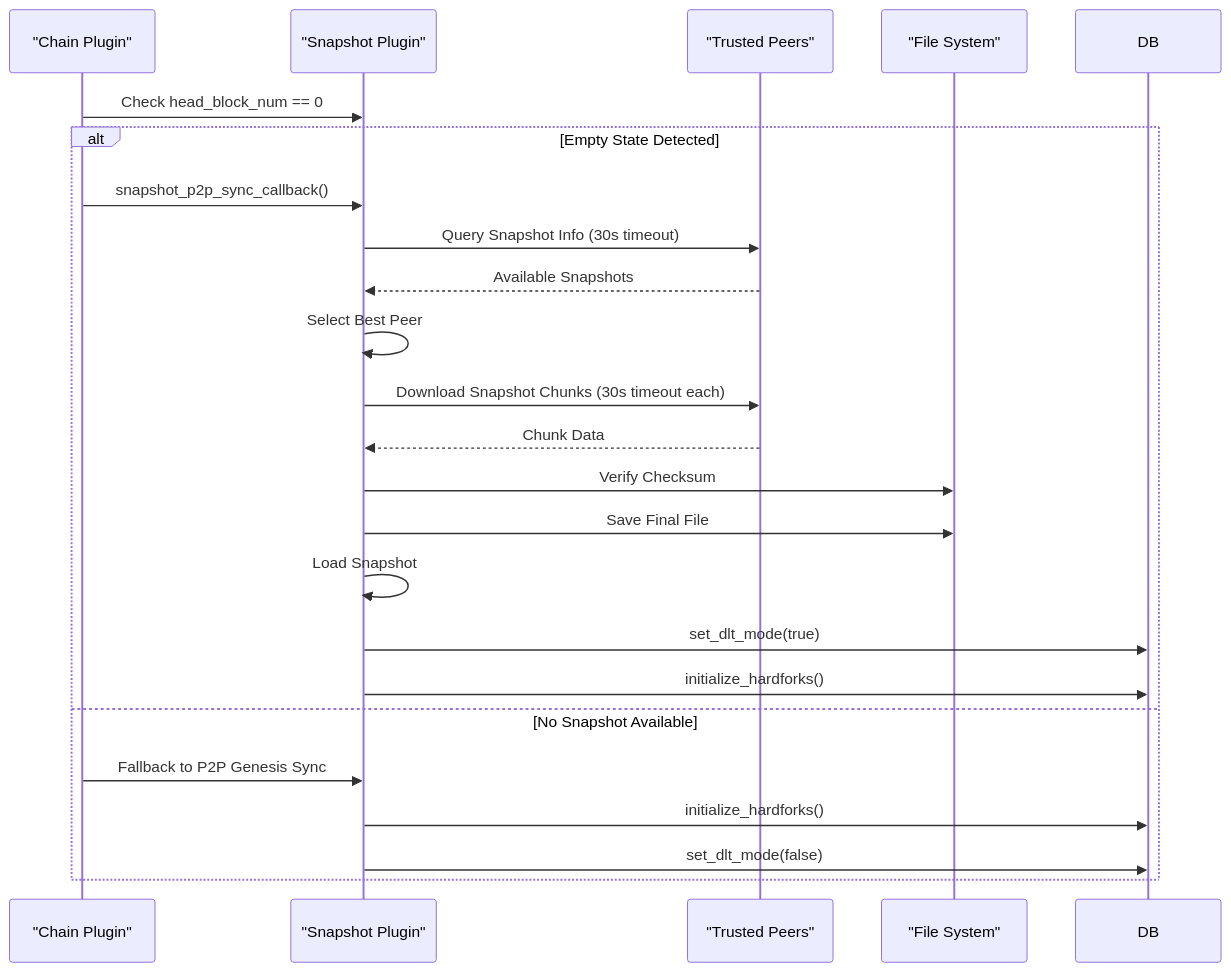
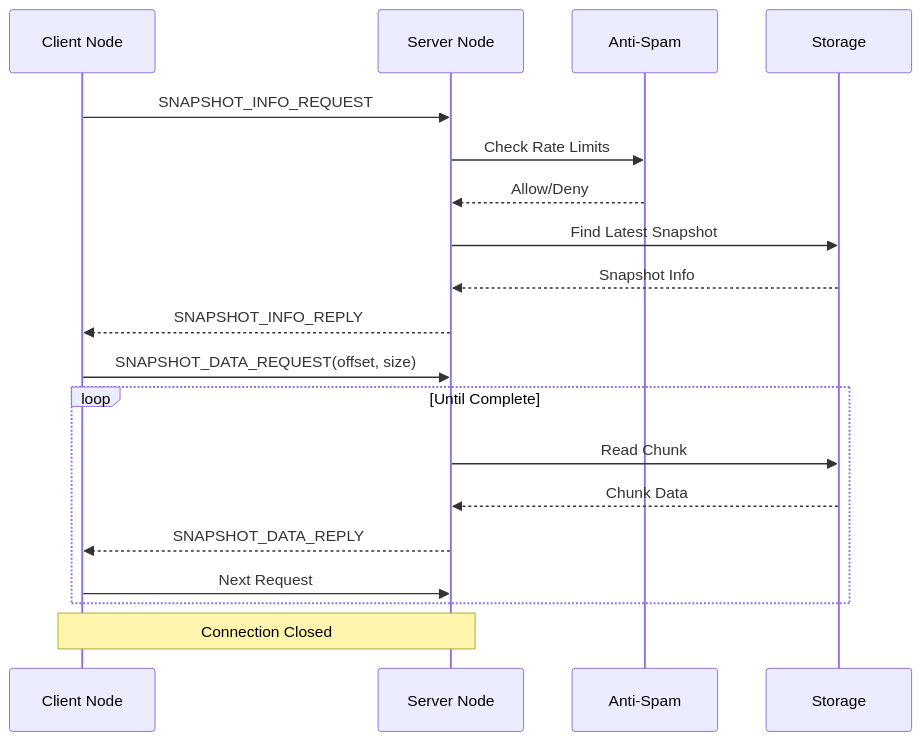
One commit to VIZ-Blockchain/viz-cpp-node changed the fifth of 6 diagrams in .qoder/repowiki/en/content/Plugin System/Snapshot Plugin System.md. Above: the diagram before and after it, drawn with Mermaid. The commit also changed other lines of this file and 8 other files, not shown here.

````diff
--- a/.qoder/repowiki/en/content/Plugin System/Snapshot Plugin System.md
+++ b/.qoder/repowiki/en/content/Plugin System/Snapshot Plugin System.md
@@ -696,25 +210,21 @@
 ```mermaid
 sequenceDiagram
-participant Chain as "Chain Plugin"
-participant Snap as "Snapshot Plugin"
-participant Peers as "Trusted Peers"
-participant FS as "File System"
-Chain->>Snap : Check head_block_num == 0
-alt Empty State Detected
-Chain->>Snap : snapshot_p2p_sync_callback()
-Snap->>Peers : Query Snapshot Info (30s timeout)
-Peers-->>Snap : Available Snapshots
-Snap->>Snap : Select Best Peer
-Snap->>Peers : Download Snapshot Chunks (30s timeout each)
-Peers-->>Snap : Chunk Data
-Snap->>FS : Verify Checksum
-Snap->>FS : Save Final File
-Snap->>Snap : Load Snapshot
-Snap->>DB : set_dlt_mode(true)
-Snap->>DB : initialize_hardforks()
-else No Snapshot Available
-Chain->>Snap : Fallback to P2P Genesis Sync
-Snap->>DB : initialize_hardforks()
-Snap->>DB : set_dlt_mode(false)
+participant Client as Client Node
+participant Server as Server Node
+participant AntiSpam as Anti-Spam
+participant Storage as Storage
+Client->>Server : SNAPSHOT_INFO_REQUEST
+Server->>AntiSpam : Check Rate Limits
+AntiSpam-->>Server : Allow/Deny
+Server->>Storage : Find Latest Snapshot
+Storage-->>Server : Snapshot Info
+Server-->>Client : SNAPSHOT_INFO_REPLY
+Client->>Server : SNAPSHOT_DATA_REQUEST(offset, size)
+loop Until Complete
+Server->>Storage : Read Chunk
+Storage-->>Server : Chunk Data
+Server-->>Client : SNAPSHOT_DATA_REPLY
+Client->>Server : Next Request
 end
+Note over Client,Server : Connection Closed
 ```
````
